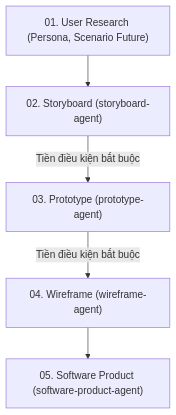
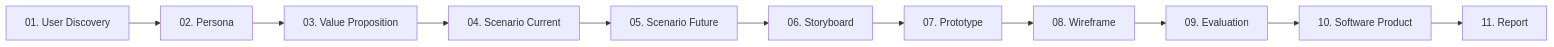
One commit to tinnguyen0706/hci-petcare changed the diagram in AGENTS.md. Above: the diagram before and after it, drawn with Mermaid. The commit also changed other lines of this file and 28 other files, not shown here.

First line of the commit message:
Refactor wireframe agent documentation and introduce wireframe design rules

````diff
--- a/AGENTS.md
+++ b/AGENTS.md
@@ -82,7 +69,13 @@
 ```mermaid
-graph TD
-    UserResearch["01. User Research (Persona, Scenario Future)"] --> Storyboard["02. Storyboard (storyboard-agent)"]
-    Storyboard -->|Tiền điều kiện bắt buộc| Prototype["03. Prototype (prototype-agent)"]
-    Prototype -->|Tiền điều kiện bắt buộc| Wireframe["04. Wireframe (wireframe-agent)"]
-    Wireframe --> SoftwareProduct["05. Software Product (software-product-agent)"]
+graph LR
+    W1["01. User Discovery"] --> W2["02. Persona"]
+    W2 --> W3["03. Value Proposition"]
+    W3 --> W4["04. Scenario Current"]
+    W4 --> W5["05. Scenario Future"]
+    W5 --> W6["06. Storyboard"]
+    W6 --> W7["07. Prototype"]
+    W7 --> W8["08. Wireframe"]
+    W8 --> W9["09. Evaluation"]
+    W9 --> W10["10. Software Product"]
+    W10 --> W11["11. Report"]
 ```
````
